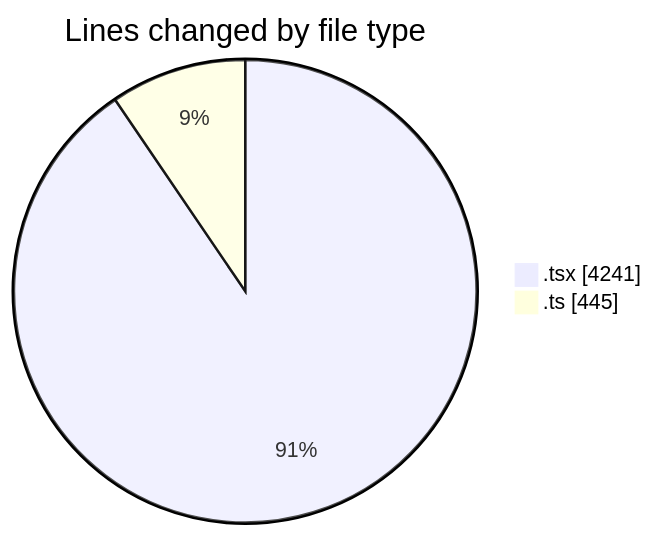
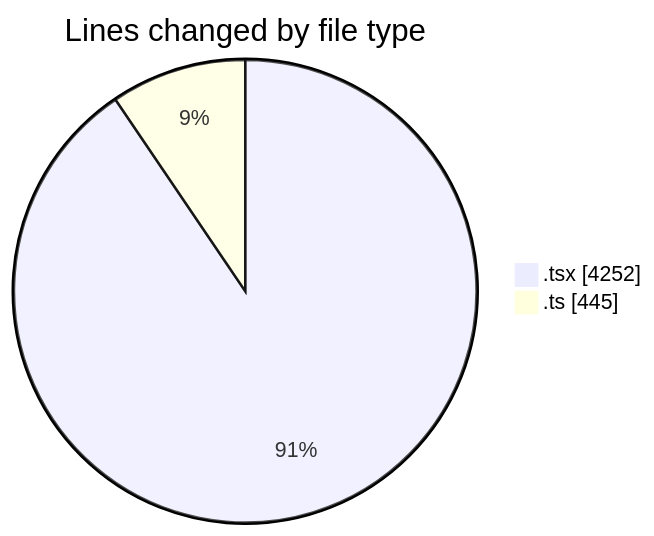
Before and after one commit to momahboobian/code-tracking: the first of 2 diagrams in 2025-09-24/cda/README.md, drawn with Mermaid. The commit also changed other lines of this file and 1 other file, not shown here.

````diff
--- a/2025-09-24/cda/README.md
+++ b/2025-09-24/cda/README.md
@@ -34,6 +34,6 @@
 ```mermaid
 pie showData
 title Lines changed by file type
-".tsx" : 4241
+".tsx" : 4252
 ".ts" : 445
 ```
````
